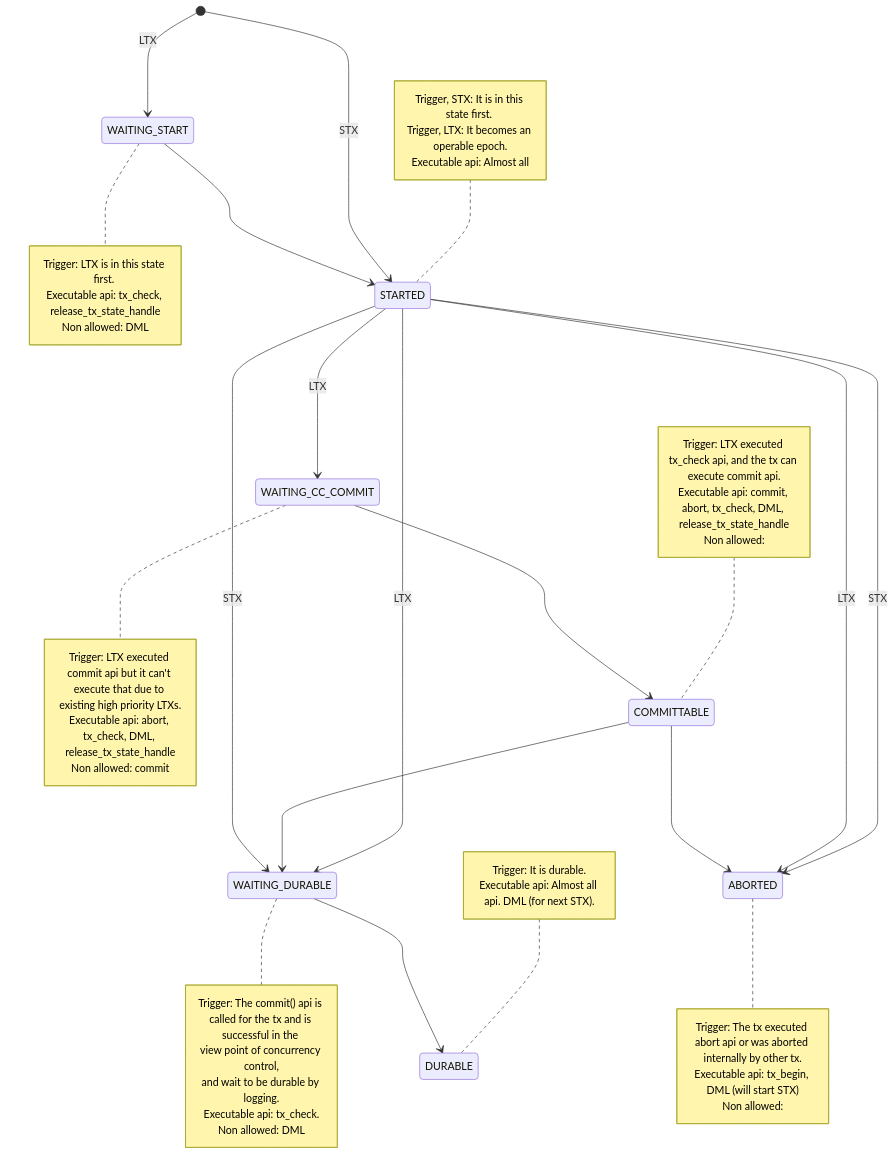
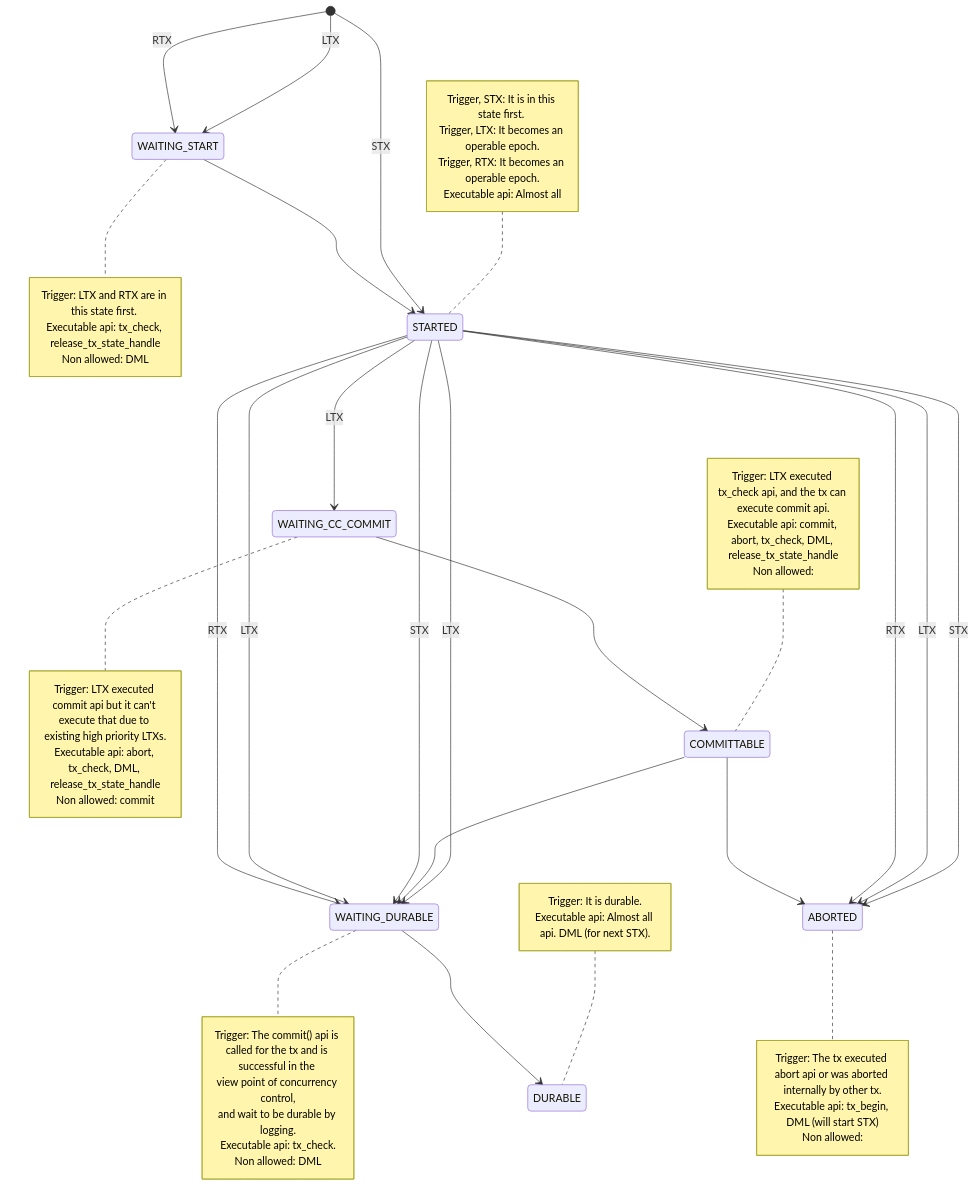
One commit to project-tsurugi/shirakami changed the diagram in docs/transaction_state.md. Above: the diagram before and after it, drawn with Mermaid. The commit also changed other lines of this file and 10 other files, not shown here.

````diff
--- a/docs/transaction_state.md
+++ b/docs/transaction_state.md
@@ -8,60 +9,65 @@
 ```mermaid
 stateDiagram-v2
     WAITING_START
     note right of WAITING_START
-        Trigger: LTX is in this state first. 
+        Trigger: LTX and RTX are in this state first. 
         Executable api: tx_check, release_tx_state_handle
         Non allowed: DML
     end note
     STARTED
     note left of STARTED
         Trigger, STX: It is in this state first. 
         Trigger, LTX: It becomes an operable epoch.
+        Trigger, RTX: It becomes an operable epoch.
         Executable api: Almost all
     end note
     WAITING_CC_COMMIT
     note right of WAITING_CC_COMMIT
         Trigger: LTX executed commit api but it can't execute that due to 
         existing high priority LTXs.
         Executable api: abort, tx_check, DML, release_tx_state_handle
         Non allowed: commit
     end note
     COMMITTABLE
     note left of COMMITTABLE
         Trigger: LTX executed tx_check api, and the tx can execute commit api.
         Executable api: commit, abort, tx_check, DML, release_tx_state_handle
         Non allowed:
     end note
     ABORTED
     note right of ABORTED
         Trigger: The tx executed abort api or was aborted internally by other tx.
         Executable api: tx_begin, DML (will start STX)
         Non allowed:
     end note
     WAITING_DURABLE
     note right of WAITING_DURABLE
         Trigger: The commit() api is called for the tx and is successful in the 
         view point of concurrency control,
         and wait to be durable by logging.
         Executable api: tx_check.
         Non allowed: DML
     end note
     DURABLE
     note left of DURABLE
         Trigger: It is durable.
         Executable api: Almost all api. DML (for next STX).
     end note
 
     [*] --> STARTED: STX
     [*] --> WAITING_START: LTX
+    [*] --> WAITING_START: RTX
     WAITING_START --> STARTED
     STARTED --> WAITING_DURABLE: LTX
     STARTED --> WAITING_CC_COMMIT: LTX
     WAITING_CC_COMMIT --> COMMITTABLE
     COMMITTABLE --> WAITING_DURABLE
     STARTED --> WAITING_DURABLE: STX
+    STARTED --> WAITING_DURABLE: LTX
+    STARTED --> WAITING_DURABLE: RTX
     STARTED --> ABORTED: STX
     STARTED --> ABORTED: LTX
+    STARTED --> ABORTED: RTX
     COMMITTABLE --> ABORTED
     WAITING_DURABLE --> DURABLE
 ```
````
